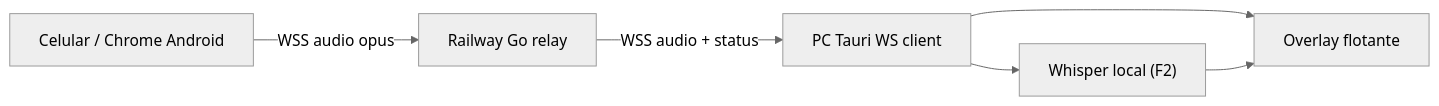
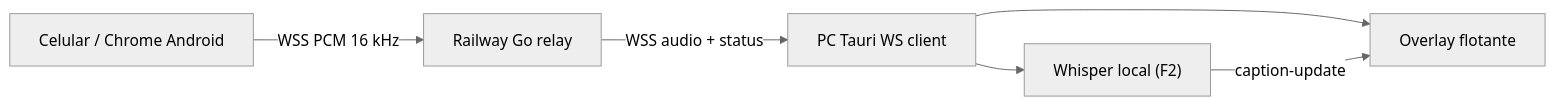
The diagram in README.md (Dieg0Code/aiep-subtitulos), drawn with Mermaid (neutral theme) before and after one commit. The commit also changed other lines of this file and 10 other files, not shown here.

````diff
--- a/README.md
+++ b/README.md
@@ -146,8 +157,8 @@
 ```mermaid
 flowchart LR
-  Phone["Celular / Chrome Android"] -- WSS audio opus --> Relay["Railway Go relay"]
+  Phone["Celular / Chrome Android"] -- WSS PCM 16 kHz --> Relay["Railway Go relay"]
   Relay -- WSS audio + status --> Tauri["PC Tauri WS client"]
   Tauri --> Overlay["Overlay flotante"]
   Tauri --> Whisper["Whisper local (F2)"]
-  Whisper --> Overlay
+  Whisper -- caption-update --> Overlay
 ```
````
